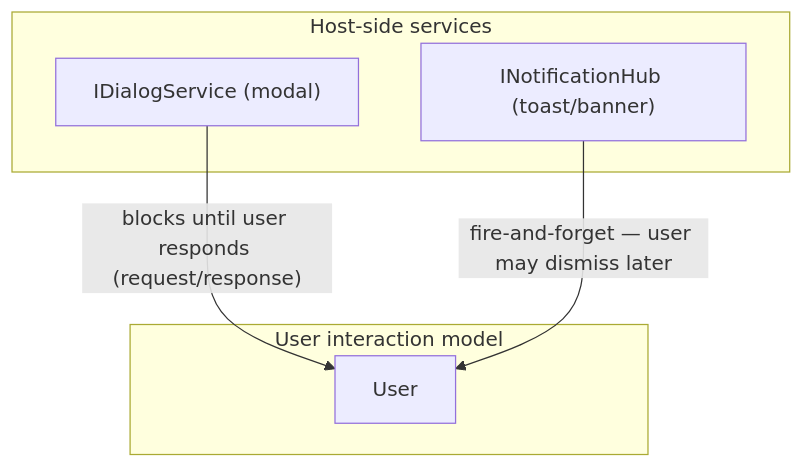
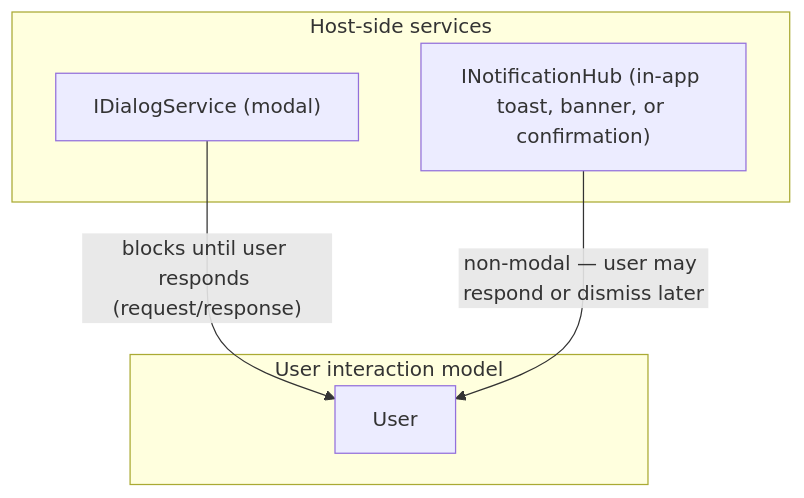
One commit to thekaveh/VMx changed the diagram in spec/19-dialogs.md. Above: the diagram before and after it, drawn with Mermaid. The commit also changed other lines of this file and 571 other files, not shown here.

````diff
--- a/spec/19-dialogs.md
+++ b/spec/19-dialogs.md
@@ -103,12 +115,12 @@
 ```mermaid
 graph TB
     subgraph "Host-side services"
         D["IDialogService (modal)"]
-        N["INotificationHub (toast/banner)"]
+        N["INotificationHub (in-app toast, banner, or confirmation)"]
     end
     subgraph "User interaction model"
         D -->|"blocks until user responds (request/response)"| User
-        N -->|"fire-and-forget — user may dismiss later"| User
+        N -->|"non-modal — user may respond or dismiss later"| User
     end
     User[User]
 ```
````
